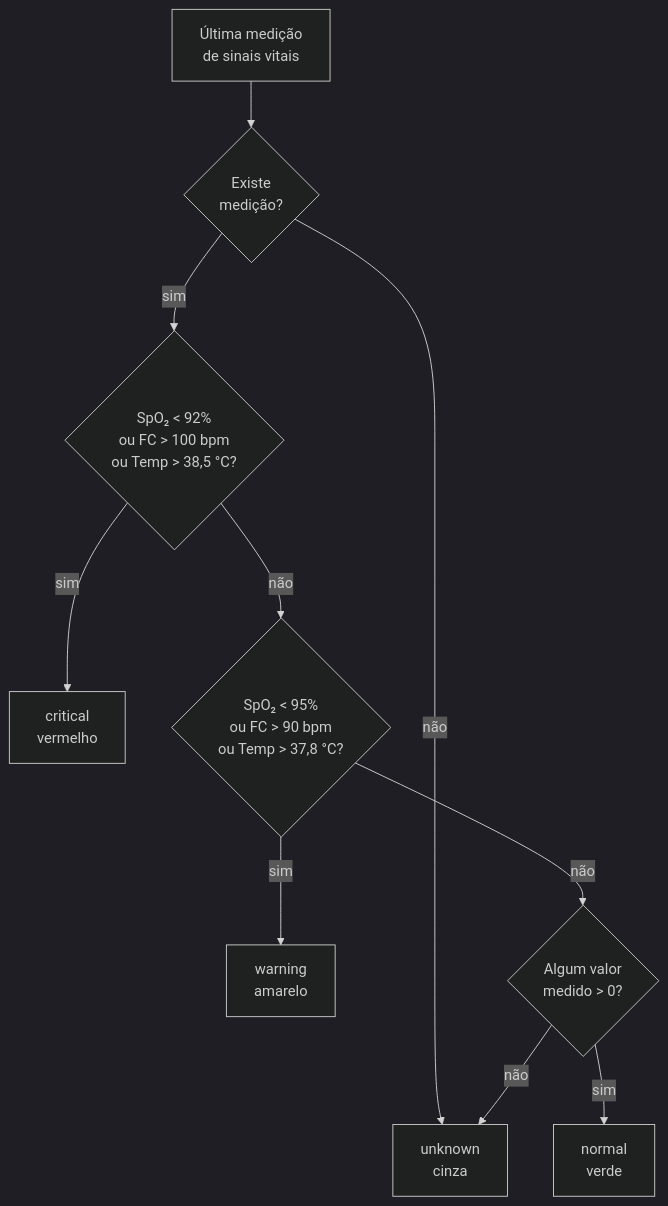
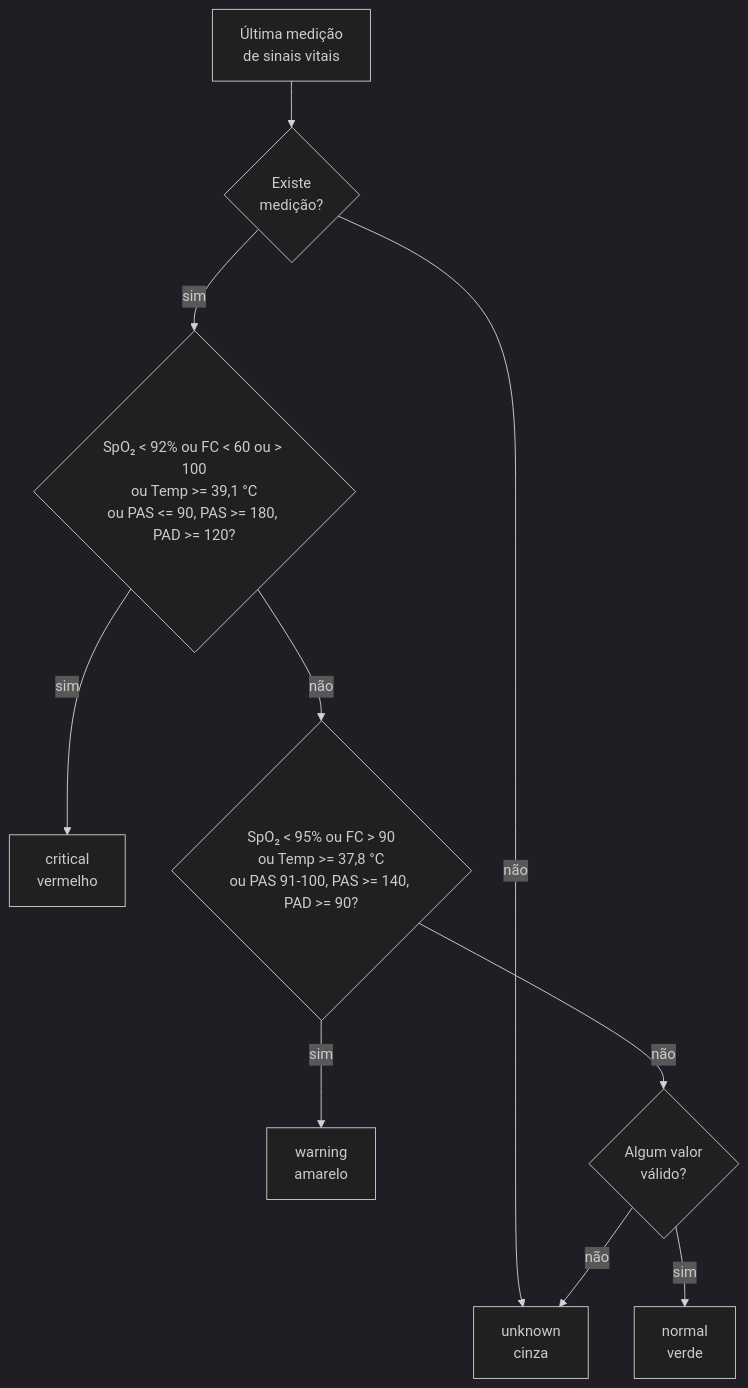
Diagram 22 of 22 in DOCUMENTO_ENGENHARIA_SOFTWARE.md (MikaelDiogo/HealthHub_Mono), drawn with Mermaid (dark theme) before and after one commit. The commit also changed other lines of this file and 9 other files, not shown here.

````diff
--- a/DOCUMENTO_ENGENHARIA_SOFTWARE.md
+++ b/DOCUMENTO_ENGENHARIA_SOFTWARE.md
@@ -1328,12 +1341,12 @@
 ```mermaid
 flowchart TD
     A["Última medição<br/>de sinais vitais"] --> B{"Existe<br/>medição?"}
     B -->|"não"| U["unknown<br/>cinza"]
-    B -->|"sim"| C{"SpO₂ < 92%<br/>ou FC > 100 bpm<br/>ou Temp > 38,5 °C?"}
+    B -->|"sim"| C{"SpO₂ < 92% ou FC < 60 ou > 100<br/>ou Temp >= 39,1 °C<br/>ou PAS <= 90, PAS >= 180, PAD >= 120?"}
     C -->|"sim"| CR["critical<br/>vermelho"]
-    C -->|"não"| D{"SpO₂ < 95%<br/>ou FC > 90 bpm<br/>ou Temp > 37,8 °C?"}
+    C -->|"não"| D{"SpO₂ < 95% ou FC > 90<br/>ou Temp >= 37,8 °C<br/>ou PAS 91-100, PAS >= 140, PAD >= 90?"}
     D -->|"sim"| W["warning<br/>amarelo"]
-    D -->|"não"| E{"Algum valor<br/>medido > 0?"}
+    D -->|"não"| E{"Algum valor<br/>válido?"}
     E -->|"sim"| N["normal<br/>verde"]
     E -->|"não"| U
 ```
````
